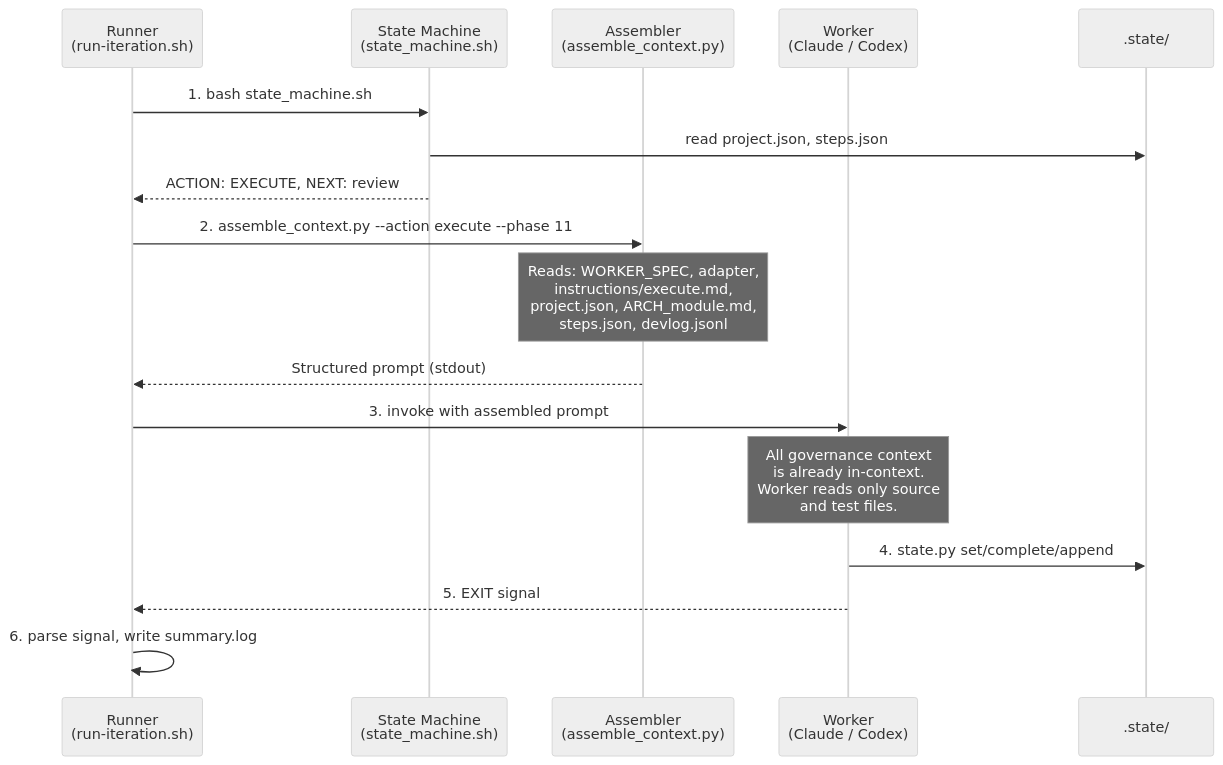
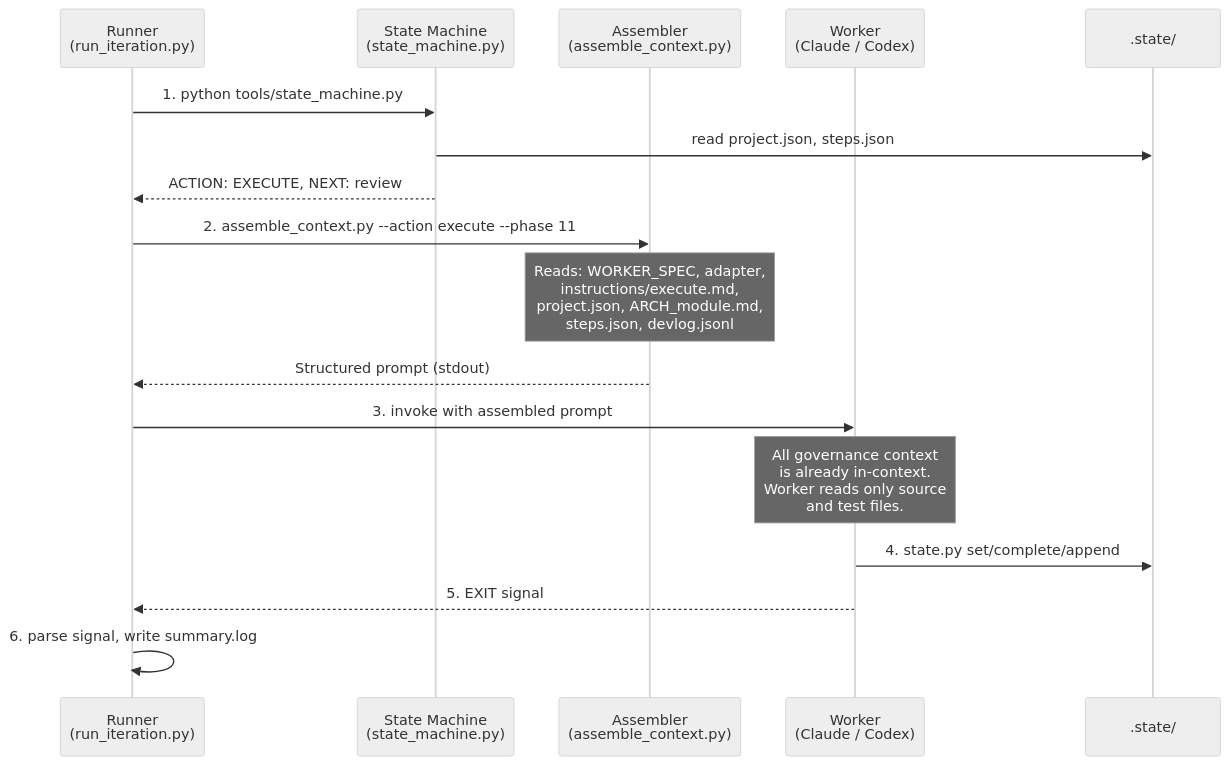
One commit to LesTP/i2c changed the third of 5 diagrams in WORKFLOW.md. Above: the diagram before and after it, drawn with Mermaid (neutral theme). The commit also changed other lines of this file and 2 other files, not shown here.

````diff
--- a/WORKFLOW.md
+++ b/WORKFLOW.md
@@ -86,22 +86,22 @@
 ```mermaid
 sequenceDiagram
-    participant R as Runner<br/>(run-iteration.sh)
-    participant SM as State Machine<br/>(state_machine.sh)
+    participant R as Runner<br/>(run_iteration.py)
+    participant SM as State Machine<br/>(state_machine.py)
     participant ASM as Assembler<br/>(assemble_context.py)
     participant W as Worker<br/>(Claude / Codex)
     participant ST as .state/
 
-    R->>SM: 1. bash state_machine.sh
+    R->>SM: 1. python tools/state_machine.py
     SM->>ST: read project.json, steps.json
     SM-->>R: ACTION: EXECUTE, NEXT: review
 
     R->>ASM: 2. assemble_context.py --action execute --phase 11
     Note over ASM: Reads: WORKER_SPEC, adapter,<br/>instructions/execute.md,<br/>project.json, ARCH_module.md,<br/>steps.json, devlog.jsonl
     ASM-->>R: Structured prompt (stdout)
 
     R->>W: 3. invoke with assembled prompt
     Note over W: All governance context<br/>is already in-context.<br/>Worker reads only source<br/>and test files.
     W->>ST: 4. state.py set/complete/append
     W-->>R: 5. EXIT signal
     R->>R: 6. parse signal, write summary.log
 ```
````
